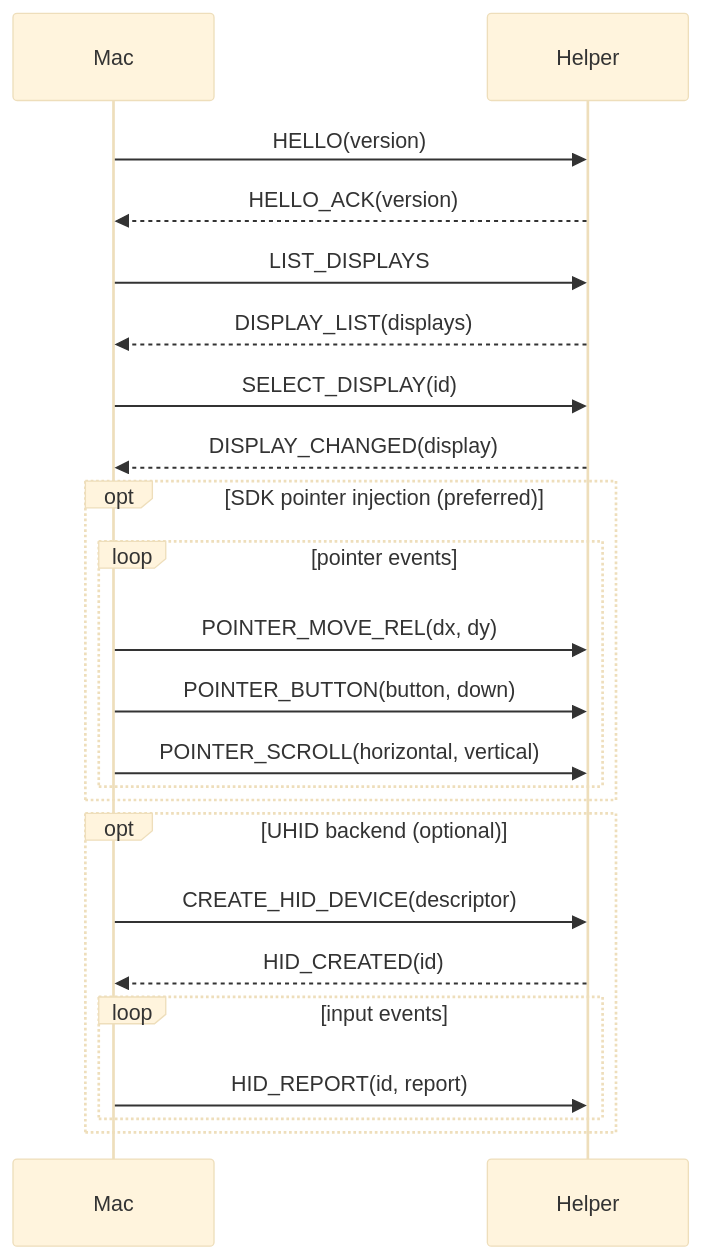
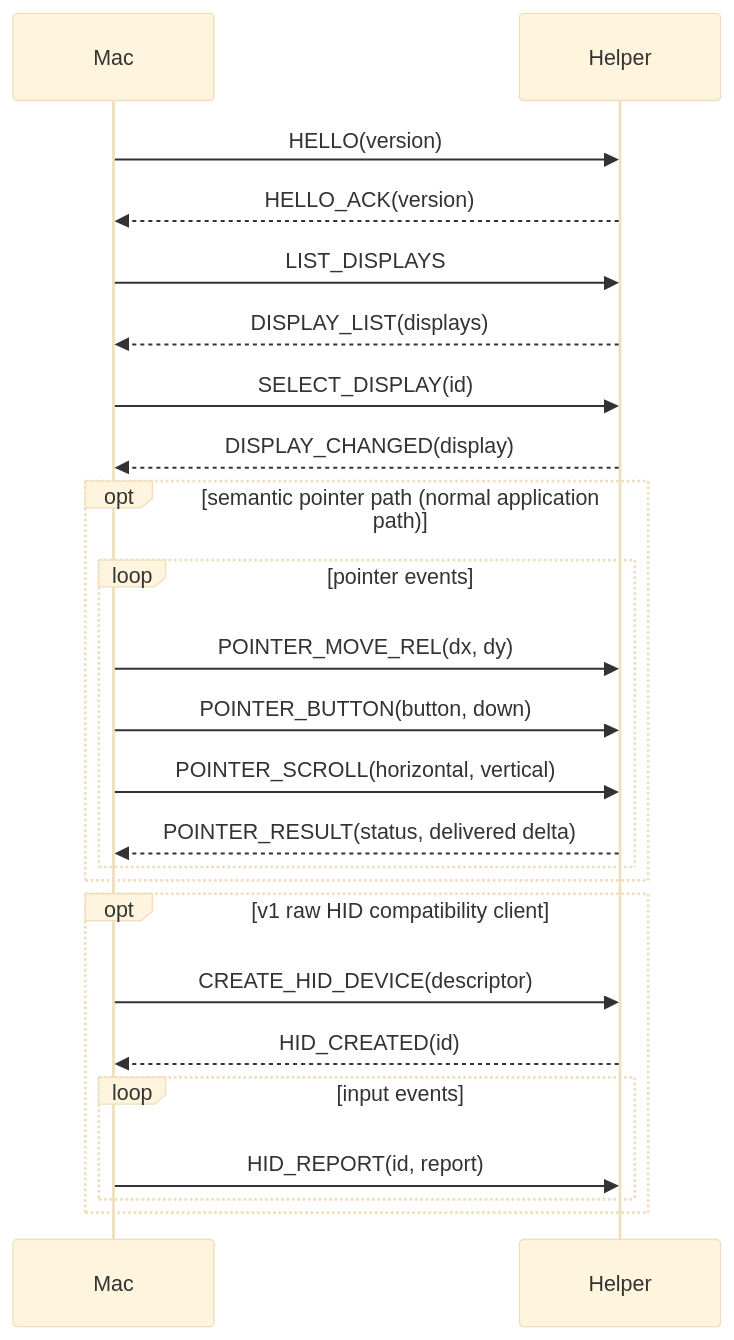
The diagram in protocol/protocol.md (luceat-lux-vestra/crossinput), drawn with Mermaid (base theme) before and after one commit. The commit also changed other lines of this file and 45 other files, not shown here.

First line of the commit message:
refactor: complete architecture rebaseline

````diff
--- a/protocol/protocol.md
+++ b/protocol/protocol.md
@@ -173,25 +190,26 @@
 ```mermaid
 sequenceDiagram
     participant Mac
     participant Helper
     Mac->>Helper: HELLO(version)
     Helper-->>Mac: HELLO_ACK(version)
     Mac->>Helper: LIST_DISPLAYS
     Helper-->>Mac: DISPLAY_LIST(displays)
     Mac->>Helper: SELECT_DISPLAY(id)
     Helper-->>Mac: DISPLAY_CHANGED(display)
-    opt SDK pointer injection (preferred)
+    opt semantic pointer path (normal application path)
         loop pointer events
             Mac->>Helper: POINTER_MOVE_REL(dx, dy)
             Mac->>Helper: POINTER_BUTTON(button, down)
             Mac->>Helper: POINTER_SCROLL(horizontal, vertical)
+            Helper-->>Mac: POINTER_RESULT(status, delivered delta)
         end
     end
-    opt UHID backend (optional)
+    opt v1 raw HID compatibility client
         Mac->>Helper: CREATE_HID_DEVICE(descriptor)
         Helper-->>Mac: HID_CREATED(id)
         loop input events
             Mac->>Helper: HID_REPORT(id, report)
         end
     end
 ```
````
